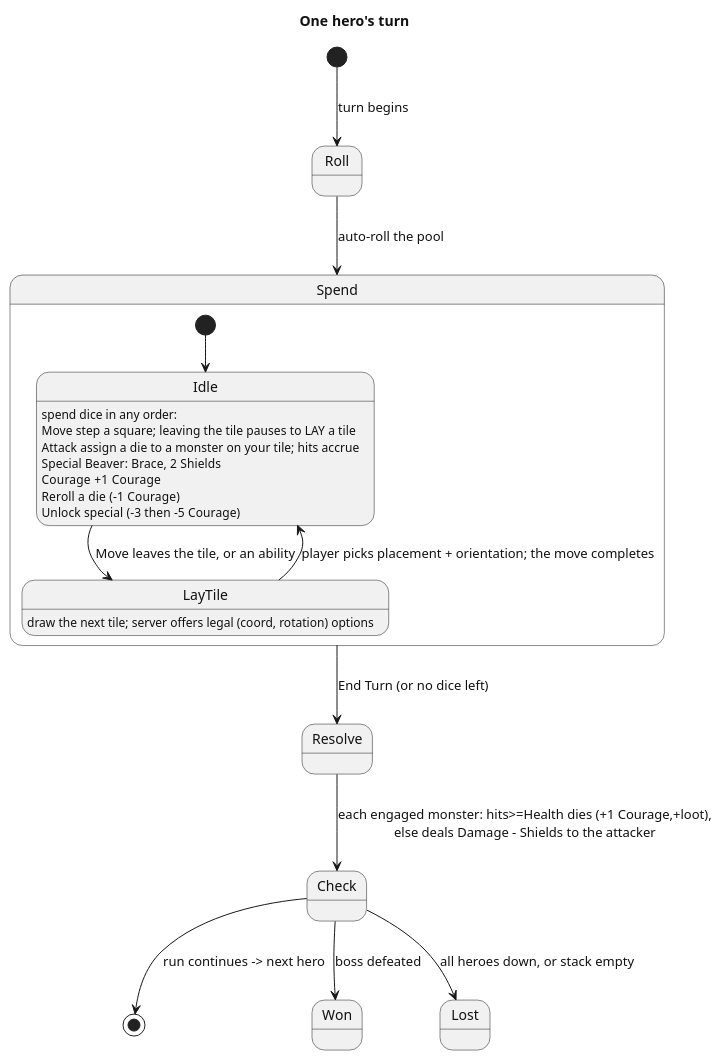
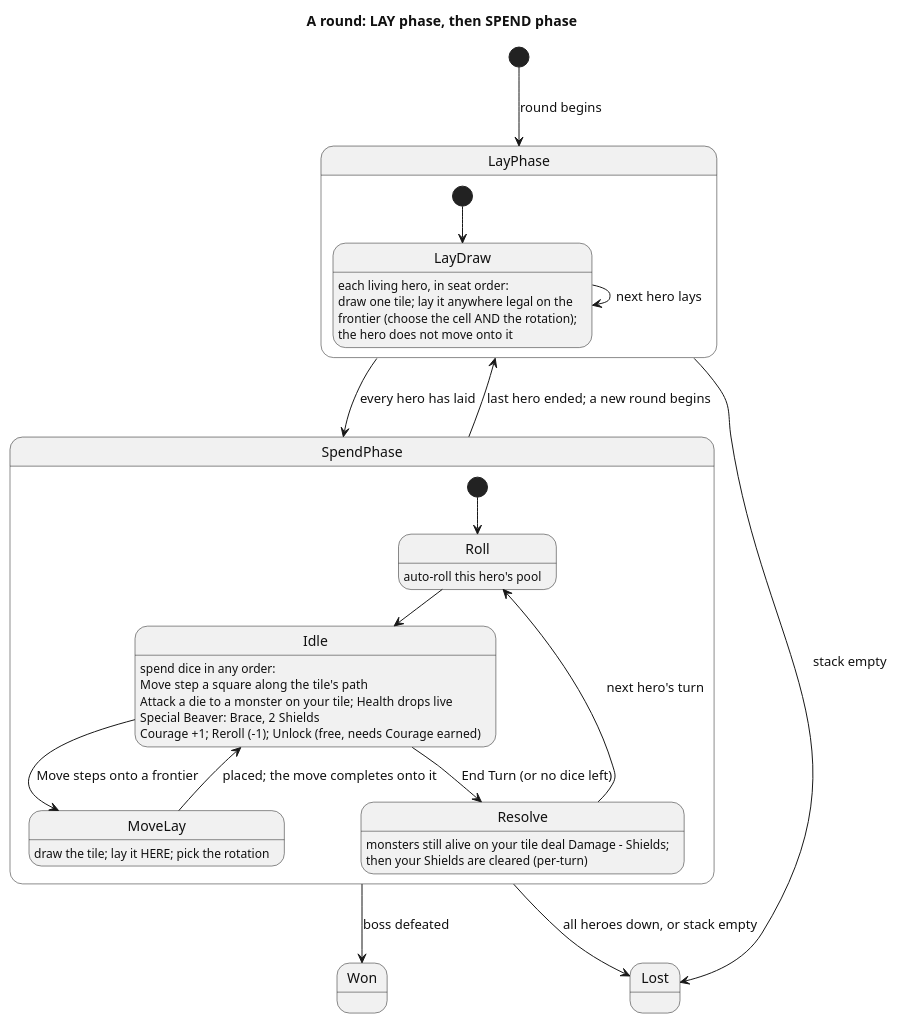
One commit to Niklasvdm/TotemAppIT changed the third of 5 diagrams in docs/crawler-architecture.md. Above: the diagram before and after it, drawn with PlantUML. The commit also changed other lines of this file and 44 other files, not shown here.

````diff
--- a/docs/crawler-architecture.md
+++ b/docs/crawler-architecture.md
@@ -209,32 +220,42 @@
 ```plantuml
-@startuml crawler-turn
-title One hero's turn
+@startuml crawler-round
+title A round: LAY phase, then SPEND phase
 skinparam shadowing false
 skinparam backgroundColor #FFFFFF
 skinparam monochrome true
 skinparam defaultFontColor #111111
 
-[*] --> Roll : turn begins
-Roll --> Spend : auto-roll the pool
+[*] --> LayPhase : round begins
 
-state Spend {
-  [*] --> Idle
+state LayPhase {
+  [*] --> LayDraw
+  LayDraw : each living hero, in seat order:
+  LayDraw : draw one tile; lay it anywhere legal on the
+  LayDraw : frontier (choose the cell AND the rotation);
+  LayDraw : the hero does not move onto it
+  LayDraw --> LayDraw : next hero lays
+}
+LayPhase --> SpendPhase : every hero has laid
+LayPhase --> Lost : stack empty
+
+state SpendPhase {
+  [*] --> Roll
+  Roll : auto-roll this hero's pool
+  Roll --> Idle
   Idle : spend dice in any order:
-  Idle : Move  step a square; leaving the tile pauses to LAY a tile
-  Idle : Attack  assign a die to a monster on your tile; hits accrue
+  Idle : Move  step a square along the tile's path
+  Idle : Attack  a die to a monster on your tile; Health drops live
   Idle : Special  Beaver: Brace, 2 Shields
-  Idle : Courage  +1 Courage
-  Idle : Reroll a die  (-1 Courage)
-  Idle : Unlock special  (-3 then -5 Courage)
-  Idle --> LayTile : Move leaves the tile, or an ability
-  LayTile : draw the next tile; server offers legal (coord, rotation) options
-  LayTile --> Idle : player picks placement + orientation; the move completes
+  Idle : Courage  +1; Reroll (-1); Unlock (free, needs Courage earned)
+  Idle --> MoveLay : Move steps onto a frontier
+  MoveLay : draw the tile; lay it HERE; pick the rotation
+  MoveLay --> Idle : placed; the move completes onto it
+  Idle --> Resolve : End Turn (or no dice left)
+  Resolve : monsters still alive on your tile deal Damage - Shields;\nthen your Shields are cleared (per-turn)
+  Resolve --> Roll : next hero's turn
 }
-
-Spend --> Resolve : End Turn (or no dice left)
-Resolve --> Check : each engaged monster: hits>=Health dies (+1 Courage,+loot),\nelse deals Damage - Shields to the attacker
-Check --> [*] : run continues -> next hero
-Check --> Won : boss defeated
-Check --> Lost : all heroes down, or stack empty
+SpendPhase --> LayPhase : last hero ended; a new round begins
+SpendPhase --> Won : boss defeated
+SpendPhase --> Lost : all heroes down, or stack empty
 @enduml
 ```
````
